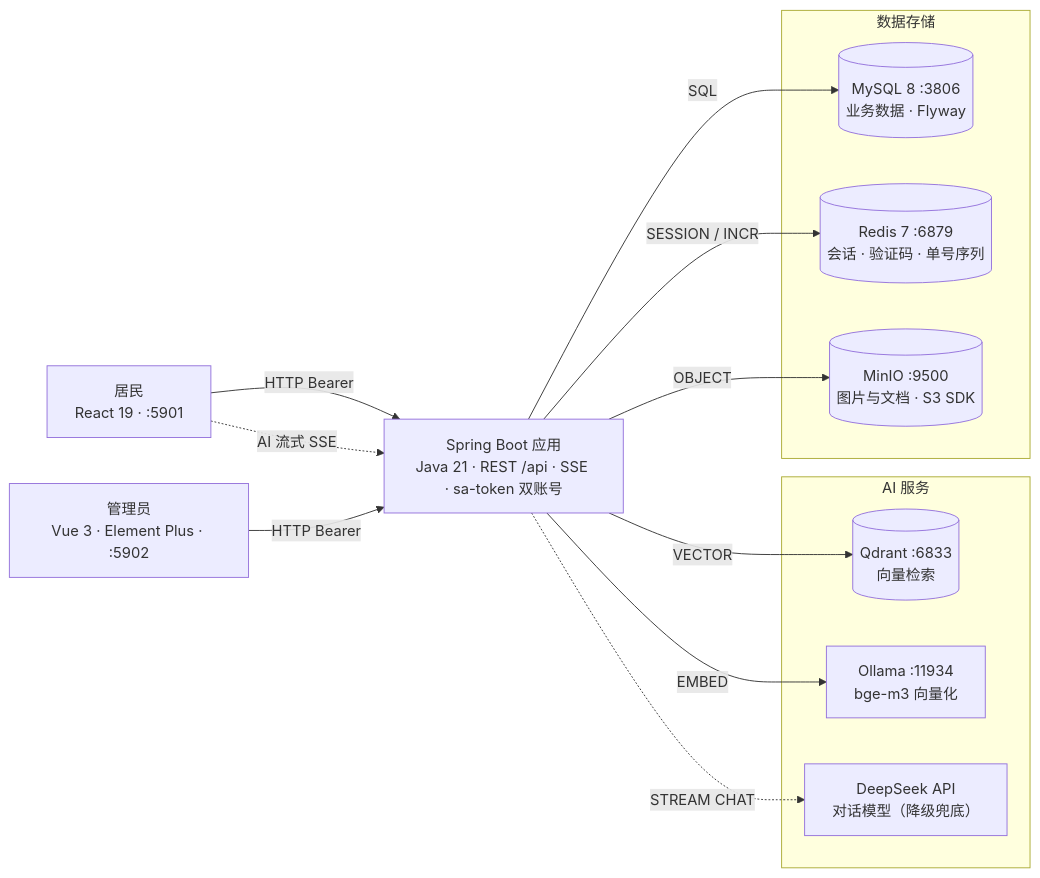
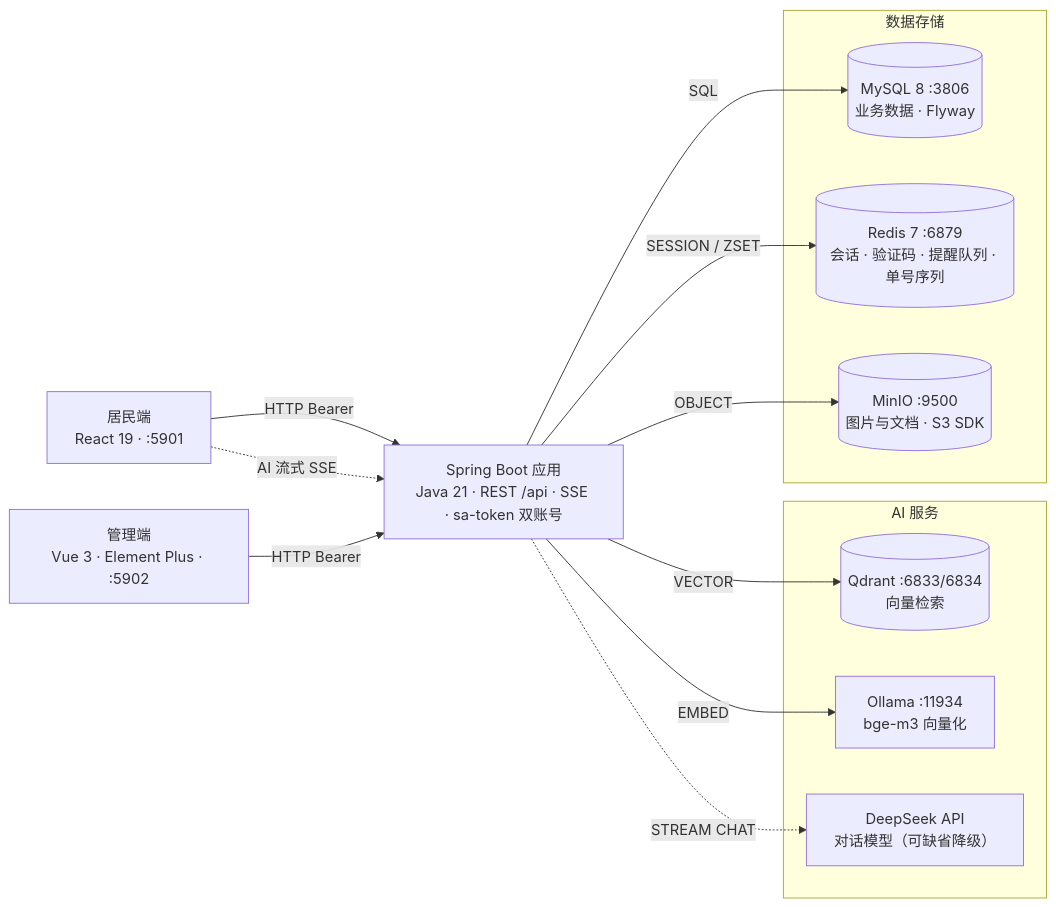
Before and after one commit to cd-water/tool-share: the first of 2 diagrams in README.md, drawn with Mermaid. The commit also changed other lines of this file and 139 other files, not shown here.

````diff
--- a/README.md
+++ b/README.md
@@ -21,29 +74,29 @@
 ```mermaid
 flowchart LR
-    u["居民<br/>React 19 · :5901"]
-    a["管理员<br/>Vue 3 · Element Plus · :5902"]
+    u["居民端<br/>React 19 · :5901"]
+    a["管理端<br/>Vue 3 · Element Plus · :5902"]
     app["Spring Boot 应用<br/>Java 21 · REST /api · SSE · sa-token 双账号"]
 
     u -->|"HTTP Bearer"| app
     a -->|"HTTP Bearer"| app
     u -.->|"AI 流式 SSE"| app
 
     subgraph data["数据存储"]
         mysql[("MySQL 8 :3806<br/>业务数据 · Flyway")]
-        redis[("Redis 7 :6879<br/>会话 · 验证码 · 单号序列")]
+        redis[("Redis 7 :6879<br/>会话 · 验证码 · 提醒队列 · 单号序列")]
         minio[("MinIO :9500<br/>图片与文档 · S3 SDK")]
     end
 
     subgraph ai["AI 服务"]
-        qdrant[("Qdrant :6833<br/>向量检索")]
+        qdrant[("Qdrant :6833/6834<br/>向量检索")]
         ollama["Ollama :11934<br/>bge-m3 向量化"]
-        deepseek["DeepSeek API<br/>对话模型（降级兜底）"]
+        deepseek["DeepSeek API<br/>对话模型（可缺省降级）"]
     end
 
     app -->|SQL| mysql
-    app -->|SESSION / INCR| redis
+    app -->|SESSION / ZSET| redis
     app -->|OBJECT| minio
     app -->|VECTOR| qdrant
     app -->|EMBED| ollama
     app -.->|STREAM CHAT| deepseek
 ```
````
